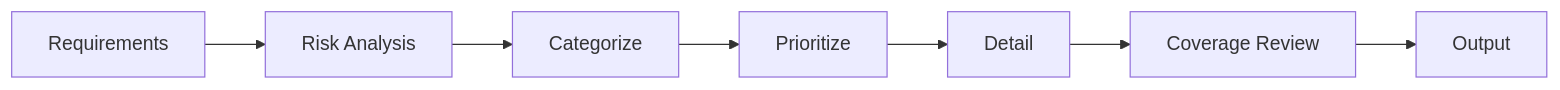
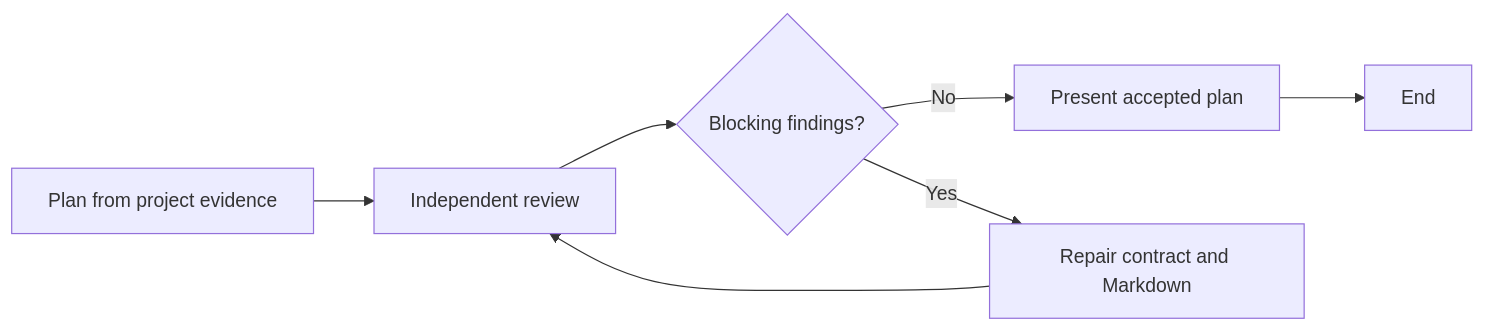
The diagram in packages/docs/src/content/docs/docs/reference/workflows/test-planning.mdx (moira-mcp/moira), drawn with Mermaid before and after one commit. The commit also changed other lines of this file and 72 other files, not shown here.

````diff
--- a/packages/docs/src/content/docs/docs/reference/workflows/test-planning.mdx
+++ b/packages/docs/src/content/docs/docs/reference/workflows/test-planning.mdx
@@ -18,9 +37,9 @@
 ```mermaid
 flowchart LR
-    A[Requirements] --> B[Risk Analysis]
-    B --> C[Categorize]
-    C --> D[Prioritize]
-    D --> E[Detail]
-    E --> F[Coverage Review]
-    F --> G[Output]
+    A[Plan from project evidence] --> B[Independent review]
+    B --> C{Blocking findings?}
+    C -->|No| D[Present accepted plan]
+    C -->|Yes| E[Repair contract and Markdown]
+    E --> B
+    D --> F[End]
 ```
````
